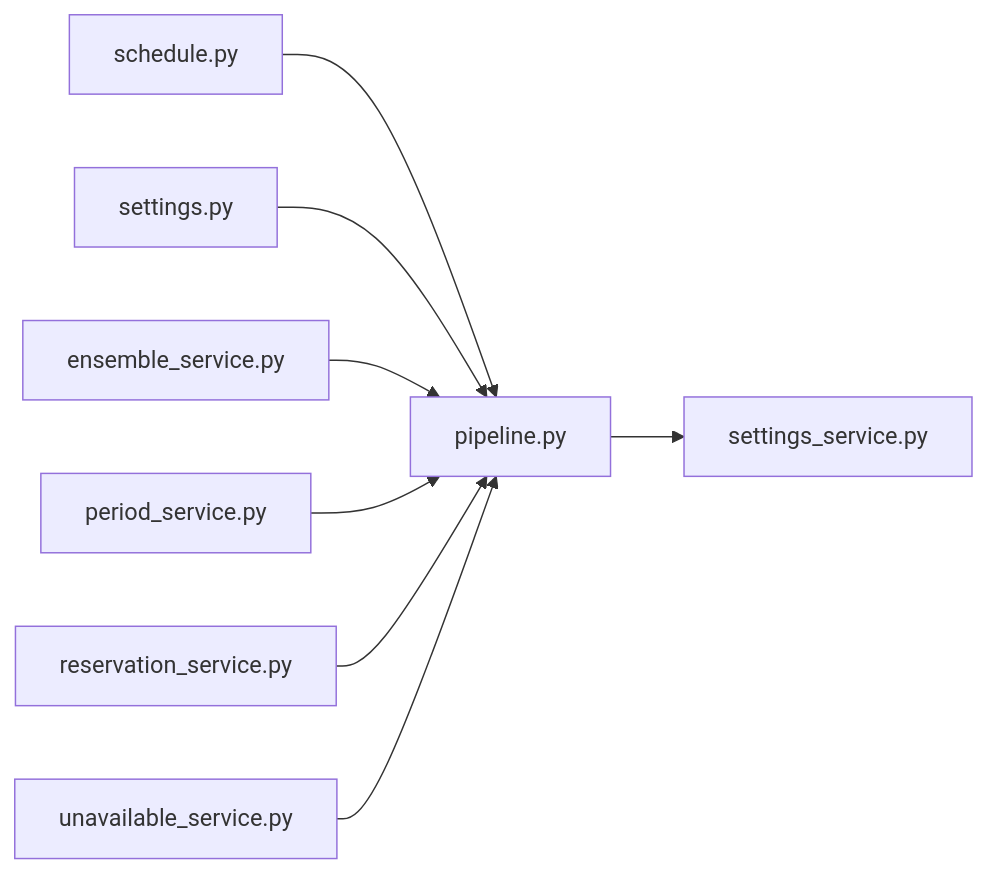
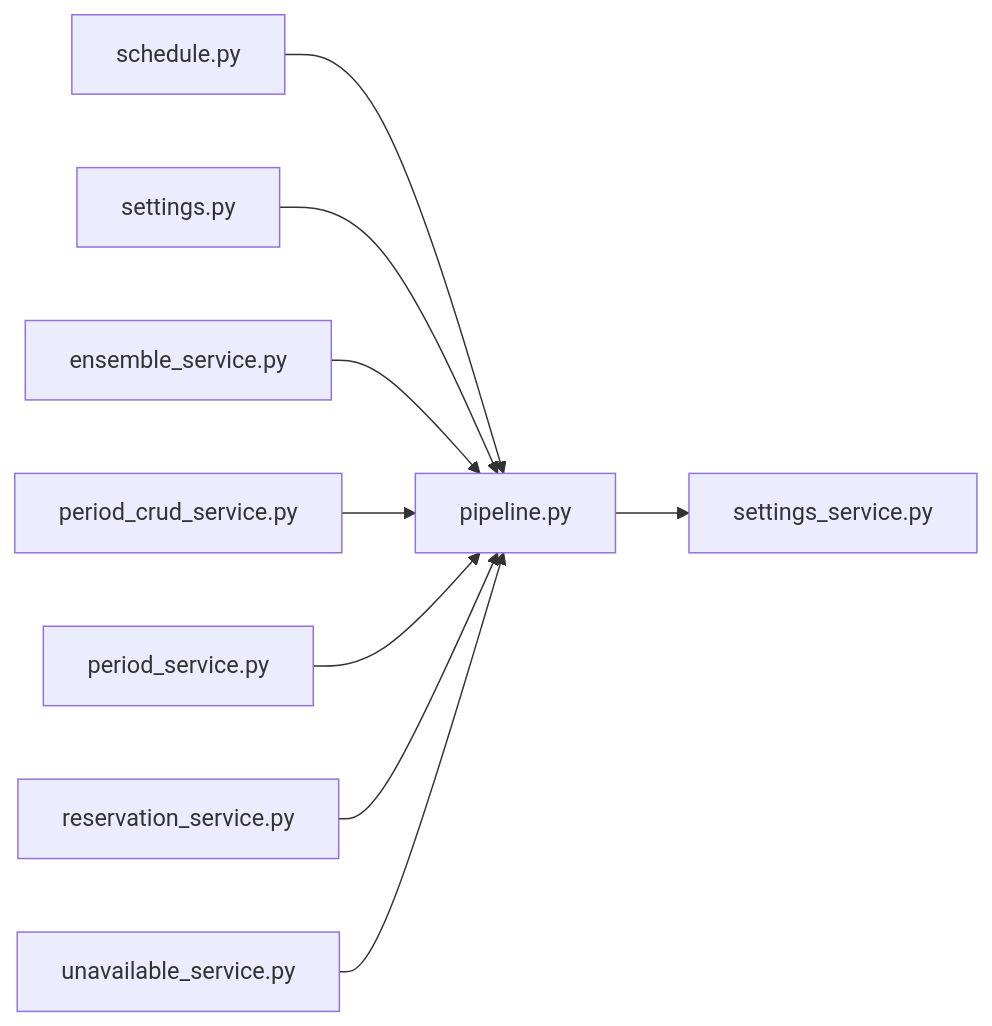
Before and after one commit to minkong-dev/Banblit: the diagram in .cluedoc/graph/backend/src/backend/services/settings/pipeline.md, drawn with Mermaid. The commit also changed other lines of this file and 31 other files, not shown here.

First line of the commit message:
backend: move daily max and max consecutive hours to each period

````diff
--- a/.cluedoc/graph/backend/src/backend/services/settings/pipeline.md
+++ b/.cluedoc/graph/backend/src/backend/services/settings/pipeline.md
@@ -10,11 +10,12 @@
 ```mermaid
 flowchart LR
   backend_src_backend_services_settings_pipeline["pipeline.py"]
   backend_src_backend_services_settings_pipeline --> backend_src_backend_services_settings_settings_service["settings_service.py"]
   backend_src_backend_api_routers_schedule["schedule.py"] --> backend_src_backend_services_settings_pipeline
   backend_src_backend_api_routers_settings["settings.py"] --> backend_src_backend_services_settings_pipeline
   backend_src_backend_services_period_ensemble_service["ensemble_service.py"] --> backend_src_backend_services_settings_pipeline
+  backend_src_backend_services_period_period_crud_service["period_crud_service.py"] --> backend_src_backend_services_settings_pipeline
   backend_src_backend_services_period_period_service["period_service.py"] --> backend_src_backend_services_settings_pipeline
   backend_src_backend_services_reservation_reservation_service["reservation_service.py"] --> backend_src_backend_services_settings_pipeline
   backend_src_backend_services_unavailable_unavailable_service["unavailable_service.py"] --> backend_src_backend_services_settings_pipeline
 ```
````
